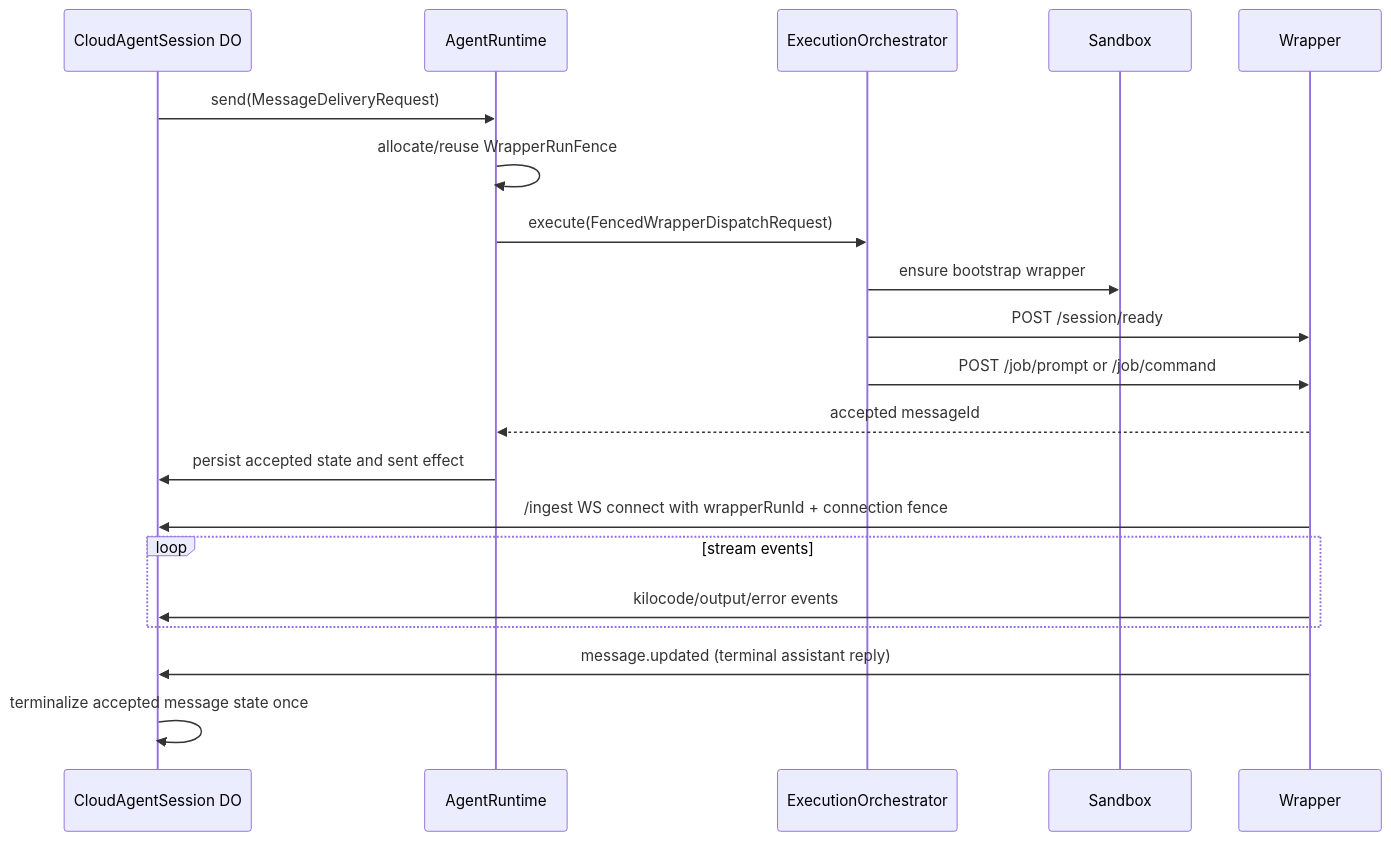
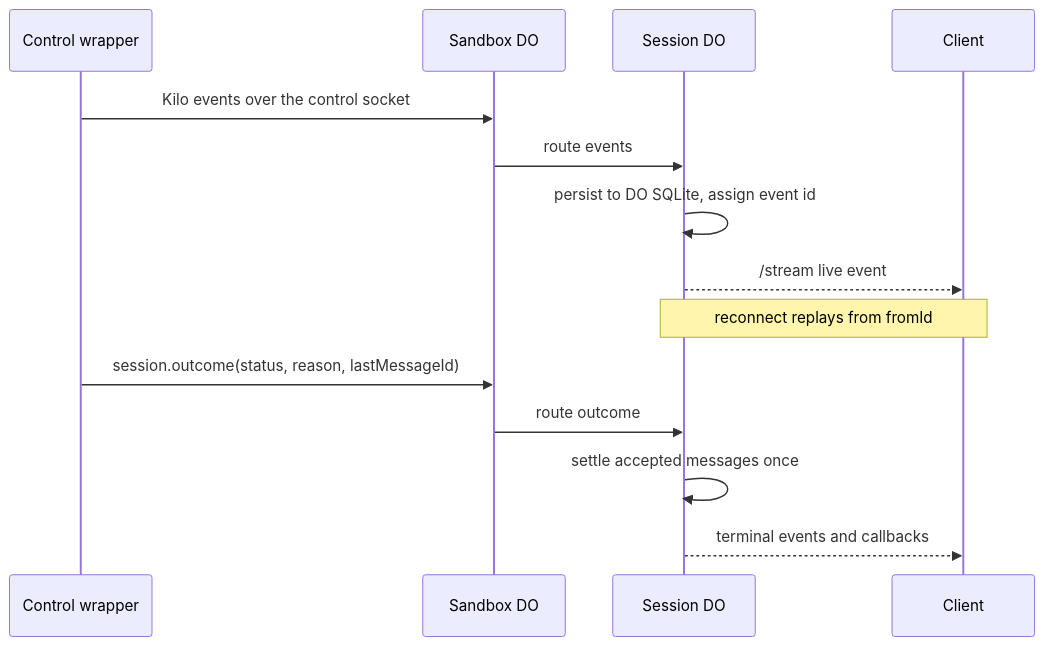
One commit to Kilo-Org/cloud changed the third of 6 diagrams in services/cloud-agent-next/docs/diagrams.md. Above: the diagram before and after it, drawn with Mermaid. The commit also changed other lines of this file and 43 other files, not shown here.

First line of the commit message:
refactor(cloud-agent): unify session plane and remove legacy agent code

````diff
--- a/services/cloud-agent-next/docs/diagrams.md
+++ b/services/cloud-agent-next/docs/diagrams.md
@@ -81,24 +78,17 @@
 ```mermaid
 sequenceDiagram
-  participant DO as CloudAgentSession DO
-  participant Runtime as AgentRuntime
-  participant Orch as ExecutionOrchestrator
-  participant SB as Sandbox
-  participant Wrap as Wrapper
+  participant R as Control wrapper
+  participant B as Sandbox DO
+  participant S as Session DO
+  participant C as Client
 
-  DO->>Runtime: send(MessageDeliveryRequest)
-  Runtime->>Runtime: allocate/reuse WrapperRunFence
-  Runtime->>Orch: execute(FencedWrapperDispatchRequest)
-  Orch->>SB: ensure bootstrap wrapper
-  Orch->>Wrap: POST /session/ready
-  Orch->>Wrap: POST /job/prompt or /job/command
-  Wrap-->>Runtime: accepted messageId
-  Runtime->>DO: persist accepted state and sent effect
-
-  Wrap->>DO: /ingest WS connect with wrapperRunId + connection fence
-  loop stream events
-    Wrap->>DO: kilocode/output/error events
-  end
-  Wrap->>DO: message.updated (terminal assistant reply)
-  DO->>DO: terminalize accepted message state once
+  R->>B: Kilo events over the control socket
+  B->>S: route events
+  S->>S: persist to DO SQLite, assign event id
+  S-->>C: /stream live event
+  Note over C,S: reconnect replays from fromId
+  R->>B: session.outcome(status, reason, lastMessageId)
+  B->>S: route outcome
+  S->>S: settle accepted messages once
+  S-->>C: terminal events and callbacks
 ```
````
